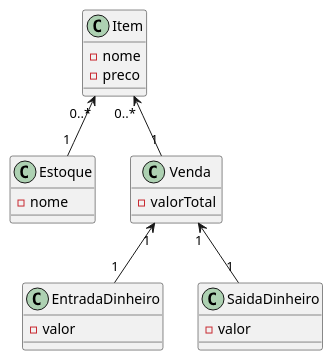
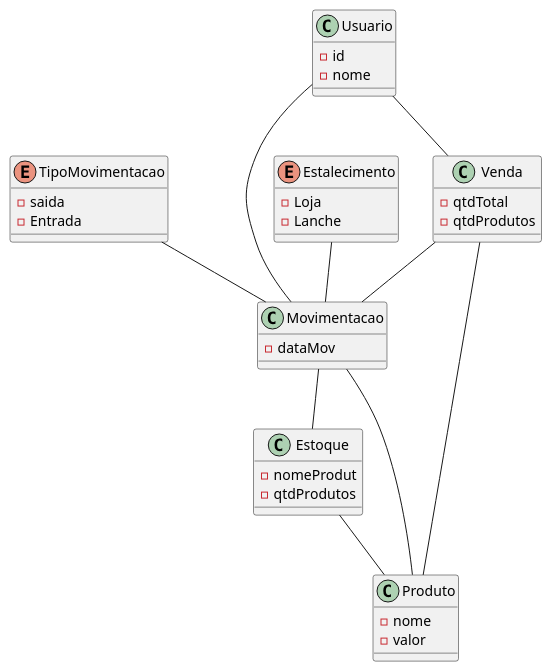
Before and after one commit to yurilsn/DiagramasUml: the diagram in Gerenciamento de Loja/diagrama_de_c lasse_ger_de_loja.wsd, drawn with PlantUML. The commit also changed 1 other file, not shown here.

Commit message:
att: atualizando diagrama de classe de gerenciamento loja

```diff
--- a/Gerenciamento de Loja/diagrama_de_c lasse_ger_de_loja.wsd
+++ b/Gerenciamento de Loja/diagrama_de_c lasse_ger_de_loja.wsd
@@ -1,44 +1,71 @@
 @startuml
-    
-    class EntradaDinheiro{
+
+    enum TipoMovimentacao{
+        - saida
+        - Entrada
+
+    }
+
+    enum Estalecimento{
+        - Loja
+        - Lanche
+
+    }
+
+
+    class Usuario{
+        -id
+        - nome
+
+    }
+
+    class Movimentacao{
+        - dataMov
+    }
+
+    class Estoque{
+        - nomeProdut
+        - qtdProdutos
+    }
+
+    class Produto{
+        - nome
         - valor
     }
 
-
-    class SaidaDinheiro{
-        - valor
+    class Venda{
+        - qtdTotal
+        - qtdProdutos
     }
 
-    class Estoque{
-        - nome
-    }
+    Venda -- Movimentacao
+    Usuario -- Venda
+    Venda -- Produto
+    Movimentacao -- Produto
+    Movimentacao -- Estoque
+    Estoque -- Produto
+    Usuario -- Movimentacao
 
-    class Item{
-        - nome
-        - preco
-    }
-
-    class Venda{
-        - valorTotal
-    }
+    TipoMovimentacao -- Movimentacao
+    Estalecimento -- Movimentacao
 
 
 
-    Item "0..*" <-- "1" Venda
-
-    Item "0..*" <-- "1" Estoque
 
 
-    Venda "1" <-- "1" SaidaDinheiro
+    ' Produto "0..*" <-- "1" Venda
 
-    Venda "1" <-- "1" EntradaDinheiro
+    ' Produto "0..*" <-- "1" Estoque
+
+
+    ' Venda "1" <-- "1" Movimentacao
 
 
 
 
 
 
 
 
 
 @enduml
```
